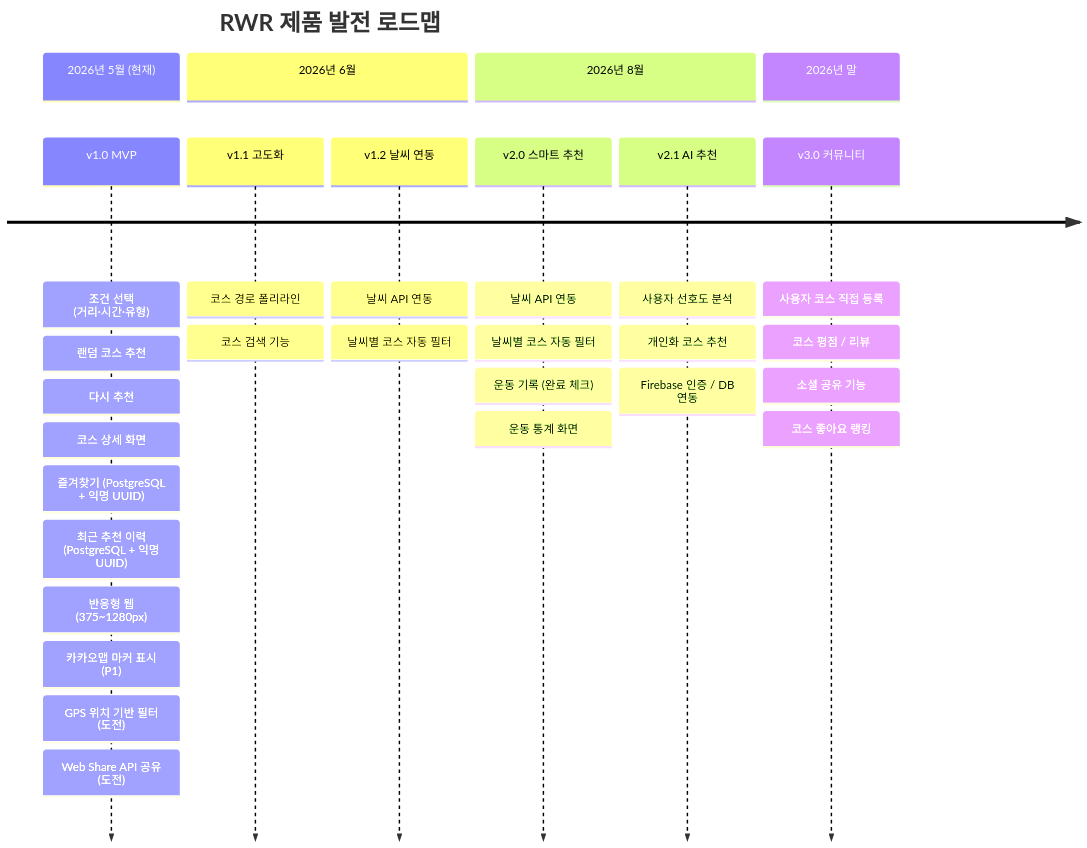
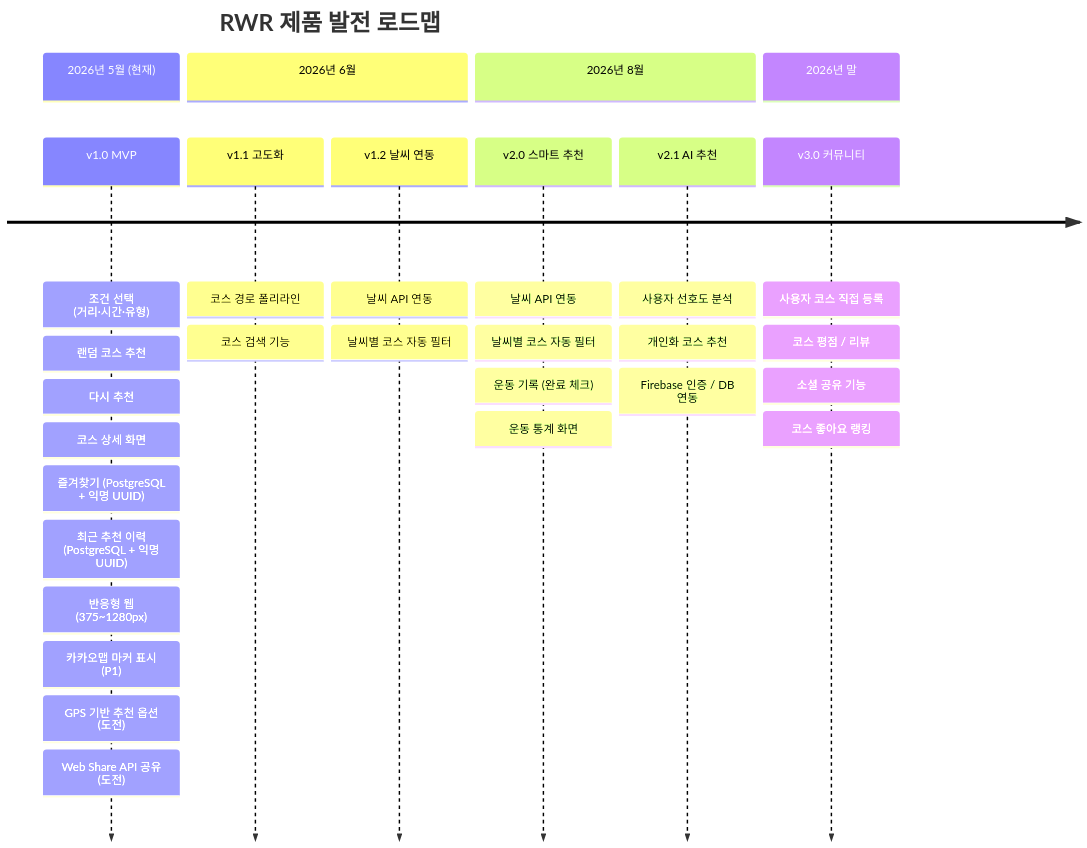
Before and after one commit to yellow-pang/RWR-mini-project: the first of 3 diagrams in docs/10-roadmap.md, drawn with Mermaid. The commit also changed other lines of this file and 13 other files, not shown here.

````diff
--- a/docs/10-roadmap.md
+++ b/docs/10-roadmap.md
@@ -22,45 +22,45 @@
 ```mermaid
 timeline
     title RWR 제품 발전 로드맵
 
     section 2026년 5월 (현재)
         v1.0 MVP
             : 조건 선택 (거리·시간·유형)
             : 랜덤 코스 추천
             : 다시 추천
             : 코스 상세 화면
             : 즐겨찾기 (PostgreSQL + 익명 UUID)
             : 최근 추천 이력 (PostgreSQL + 익명 UUID)
             : 반응형 웹 (375~1280px)
             : 카카오맵 마커 표시 (P1)
-            : GPS 위치 기반 필터 (도전)
+            : GPS 기반 추천 옵션 (도전)
             : Web Share API 공유 (도전)
 
     section 2026년 6월
         v1.1 고도화
             : 코스 경로 폴리라인
             : 코스 검색 기능
 
         v1.2 날씨 연동
             : 날씨 API 연동
             : 날씨별 코스 자동 필터
 
     section 2026년 8월
         v2.0 스마트 추천
             : 날씨 API 연동
             : 날씨별 코스 자동 필터
             : 운동 기록 (완료 체크)
             : 운동 통계 화면
 
         v2.1 AI 추천
             : 사용자 선호도 분석
             : 개인화 코스 추천
             : Firebase 인증 / DB 연동
 
     section 2026년 말
         v3.0 커뮤니티
             : 사용자 코스 직접 등록
             : 코스 평점 / 리뷰
             : 소셜 공유 기능
             : 코스 좋아요 랭킹
 ```
````
